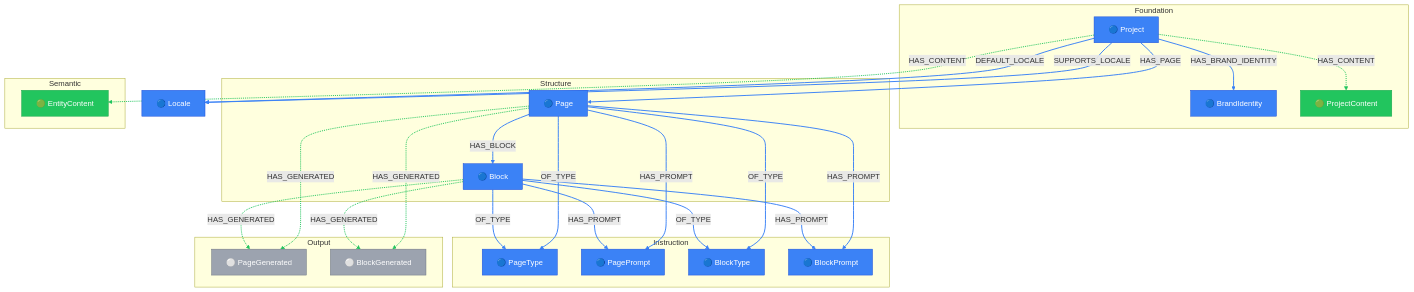
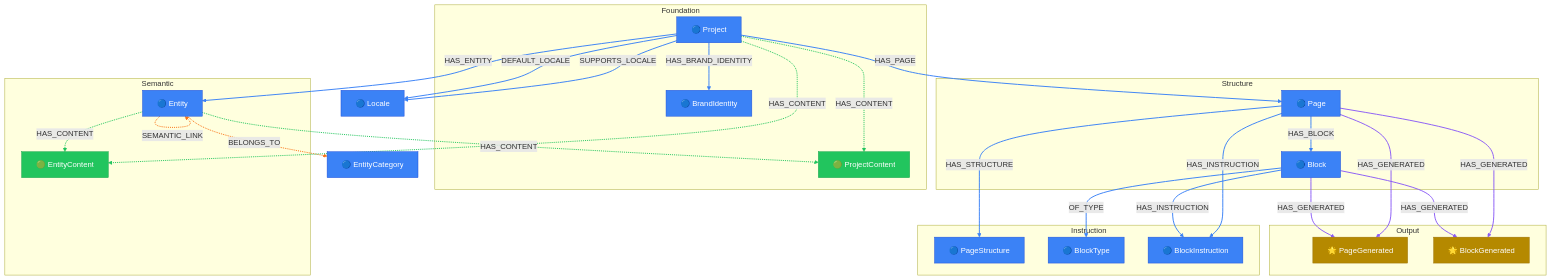
The diagram in packages/core/models/docs/project-layer.md (supernovae-st/novanet), drawn with Mermaid before and after one commit. The commit also changed other lines of this file and 17 other files, not shown here.

````diff
--- a/packages/core/models/docs/project-layer.md
+++ b/packages/core/models/docs/project-layer.md
@@ -33,14 +33,14 @@
 ```mermaid
 flowchart TB
   %% View: Project Layer (project-layer)
-  %% 13 nodes, 19 arcs
+  %% 14 nodes, 20 arcs
 
   %% Trait styling (node_trait)
-  classDef invariant fill:#3b82f6,stroke:#1d4ed8,color:#fff
-  classDef localized fill:#22c55e,stroke:#16a34a,color:#fff
-  classDef knowledge fill:#8b5cf6,stroke:#7c3aed,color:#fff
-  classDef derived fill:#9ca3af,stroke:#6b7280,color:#fff
-  classDef job fill:#6b7280,stroke:#4b5563,color:#fff
+  classDef defined fill:#3b82f6,stroke:#1d4ed8,color:#fff
+  classDef authored fill:#22c55e,stroke:#16a34a,color:#fff
+  classDef imported fill:#8b5cf6,stroke:#7c3aed,color:#fff
+  classDef generated fill:#b58900,stroke:#996f00,color:#fff
+  classDef retrieved fill:#6c71c4,stroke:#5761b3,color:#fff
 
   subgraph FOUNDATION["Foundation"]
     Project["🔵 Project"]
@@ -54,61 +54,66 @@
   end
 
   subgraph SEMANTIC["Semantic"]
+    Entity["🔵 Entity"]
     EntityContent["🟢 EntityContent"]
   end
 
   subgraph INSTRUCTION["Instruction"]
-    PageType["🔵 PageType"]
-    PagePrompt["🔵 PagePrompt"]
+    PageStructure["🔵 PageStructure"]
     BlockType["🔵 BlockType"]
-    BlockPrompt["🔵 BlockPrompt"]
+    BlockInstruction["🔵 BlockInstruction"]
   end
 
   subgraph OUTPUT["Output"]
-    PageGenerated["⚪ PageGenerated"]
-    BlockGenerated["⚪ BlockGenerated"]
+    PageGenerated["🌟 PageGenerated"]
+    BlockGenerated["🌟 BlockGenerated"]
   end
 
   %% Additional reachable nodes
+  EntityCategory["🔵 EntityCategory"]
   Locale["🔵 Locale"]
 
   %% Relationships (styled by arc family)
-  Block -.->|HAS_GENERATED| BlockGenerated
-  Block -.->|HAS_GENERATED| PageGenerated
-  Block -->|HAS_PROMPT| BlockPrompt
-  Block -->|HAS_PROMPT| PagePrompt
+  Block ==>|HAS_GENERATED| BlockGenerated
+  Block ==>|HAS_GENERATED| PageGenerated
+  Block -->|HAS_INSTRUCTION| BlockInstruction
   Block -->|OF_TYPE| BlockType
-  Block -->|OF_TYPE| PageType
+  Entity -.->|BELONGS_TO| EntityCategory
+  Entity -.->|HAS_CONTENT| EntityContent
+  Entity -.->|HAS_CONTENT| ProjectContent
+  Entity -.->|SEMANTIC_LINK| Entity
   Page -->|HAS_BLOCK| Block
-  Page -.->|HAS_GENERATED| BlockGenerated
-  Page -.->|HAS_GENERATED| PageGenerated
-  Page -->|HAS_PROMPT| BlockPrompt
-  Page -->|HAS_PROMPT| PagePrompt
-  Page -->|OF_TYPE| BlockType
-  Page -->|OF_TYPE| PageType
+  Page ==>|HAS_GENERATED| BlockGenerated
+  Page ==>|HAS_GENERATED| PageGenerated
+  Page -->|HAS_INSTRUCTION| BlockInstruction
+  Page -->|HAS_STRUCTURE| PageStructure
   Project -->|DEFAULT_LOCALE| Locale
   Project -->|HAS_BRAND_IDENTITY| BrandIdentity
   Project -.->|HAS_CONTENT| EntityContent
   Project -.->|HAS_CONTENT| ProjectContent
+  Project -->|HAS_ENTITY| Entity
   Project -->|HAS_PAGE| Page
   Project -->|SUPPORTS_LOCALE| Locale
 
   %% Arc colors by family
-  linkStyle 0,1,7,8,15,16 stroke:#22c55e,stroke-width:2px
-  linkStyle 2,3,4,5,6,9,10,11,12,13,14,17,18 stroke:#3b82f6,stroke-width:2px
+  linkStyle 0,1,9,10 stroke:#8b5cf6,stroke-width:2px
+  linkStyle 5,6,15,16 stroke:#22c55e,stroke-width:2px
+  linkStyle 2,3,8,11,12,13,14,17,18,19 stroke:#3b82f6,stroke-width:2px
+  linkStyle 4,7 stroke:#f97316,stroke-width:2px
 
   %% Class assignments
-  class Block invariant
-  class BlockGenerated derived
-  class BlockPrompt invariant
-  class BlockType invariant
-  class BrandIdentity invariant
-  class EntityContent localized
-  class Locale invariant
-  class Page invariant
-  class PageGenerated derived
-  class PagePrompt invariant
-  class PageType invariant
-  class Project invariant
-  class ProjectContent localized
+  class Block defined
+  class BlockGenerated generated
+  class BlockInstruction defined
+  class BlockType defined
+  class BrandIdentity defined
+  class Entity defined
+  class EntityCategory defined
+  class EntityContent authored
+  class Locale defined
+  class Page defined
+  class PageGenerated generated
+  class PageStructure defined
+  class Project defined
+  class ProjectContent authored
 ```
````
